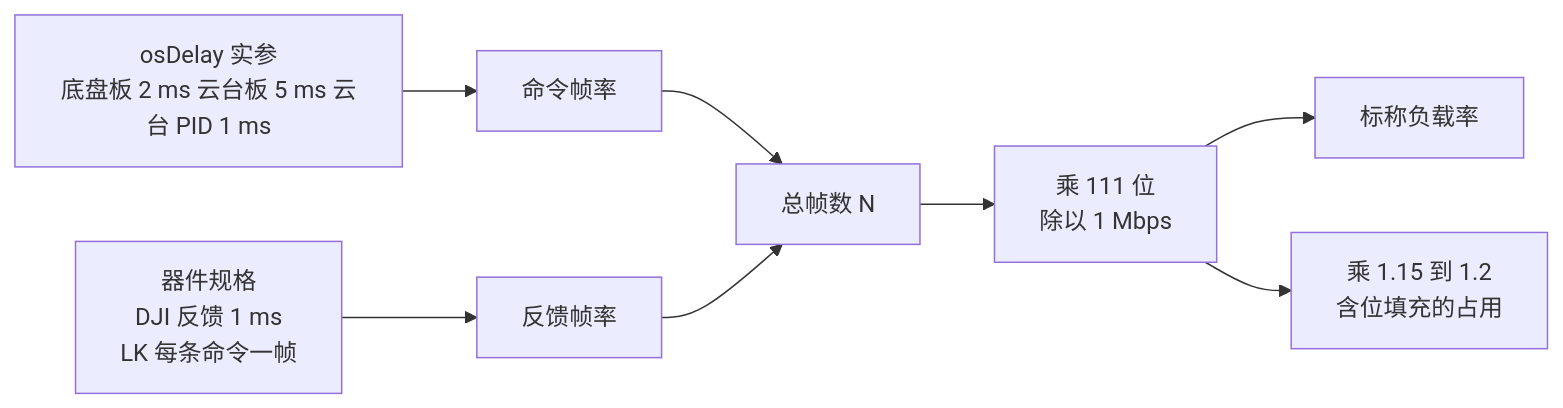
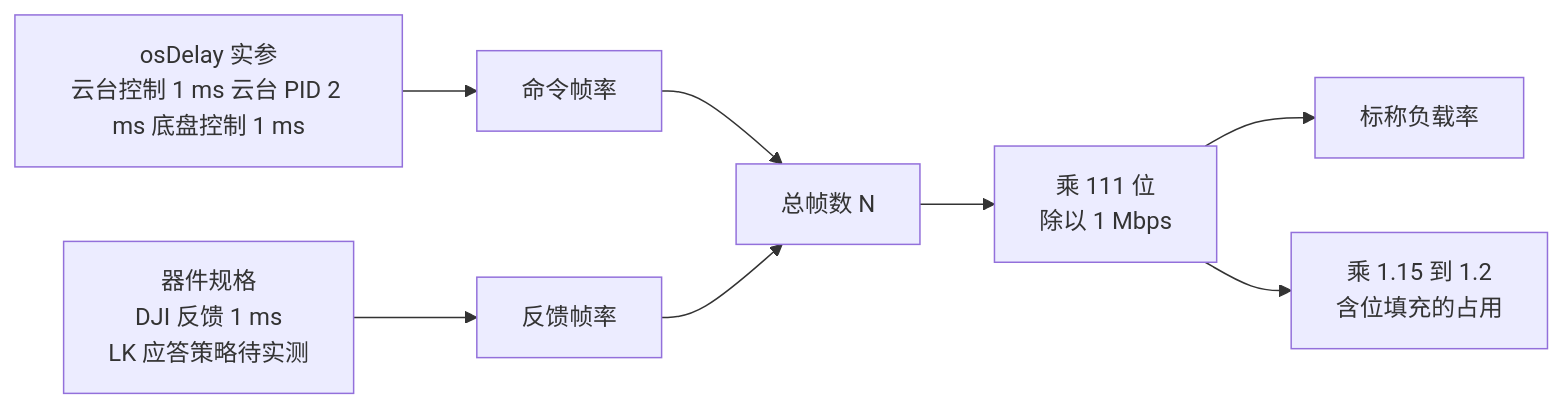
Before and after one commit to TC635807/TC63PersonalWebsite: the first of 4 diagrams in docs/03-CAN 与电机/05-拓扑与波特率/04-总线负载与丢帧.md, drawn with Mermaid. The commit also changed other lines of this file and 728 other files, not shown here.

````diff
--- a/docs/03-CAN 与电机/05-拓扑与波特率/04-总线负载与丢帧.md
+++ b/docs/03-CAN 与电机/05-拓扑与波特率/04-总线负载与丢帧.md
@@ -45,10 +47,10 @@
 ```mermaid
 flowchart LR
-  A["osDelay 实参<br/>底盘板 2 ms 云台板 5 ms 云台 PID 1 ms"] --> B["命令帧率"]
-  C["器件规格<br/>DJI 反馈 1 ms<br/>LK 每条命令一帧"] --> D["反馈帧率"]
+  A["osDelay 实参<br/>云台控制 1 ms 云台 PID 2 ms 底盘控制 1 ms"] --> B["命令帧率"]
+  C["器件规格<br/>DJI 反馈 1 ms<br/>LK 应答策略待实测"] --> D["反馈帧率"]
   B --> E["总帧数 N"]
   D --> E
   E --> F["乘 111 位<br/>除以 1 Mbps"]
   F --> G["标称负载率"]
   F --> H["乘 1.15 到 1.2<br/>含位填充的占用"]
 ```
````
